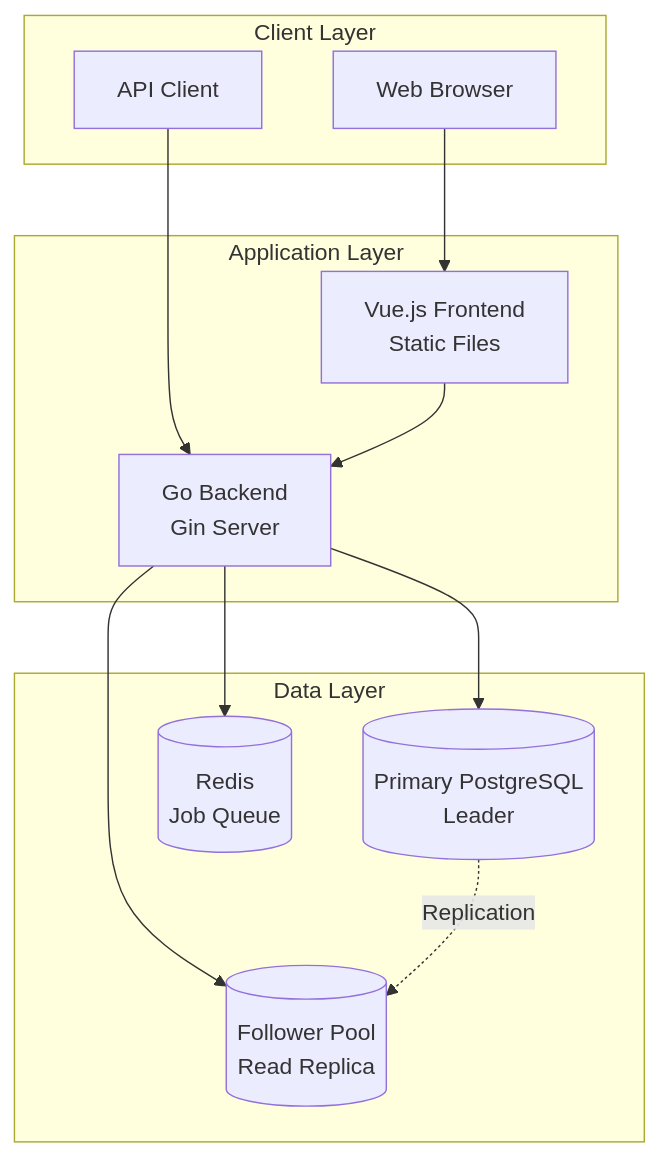
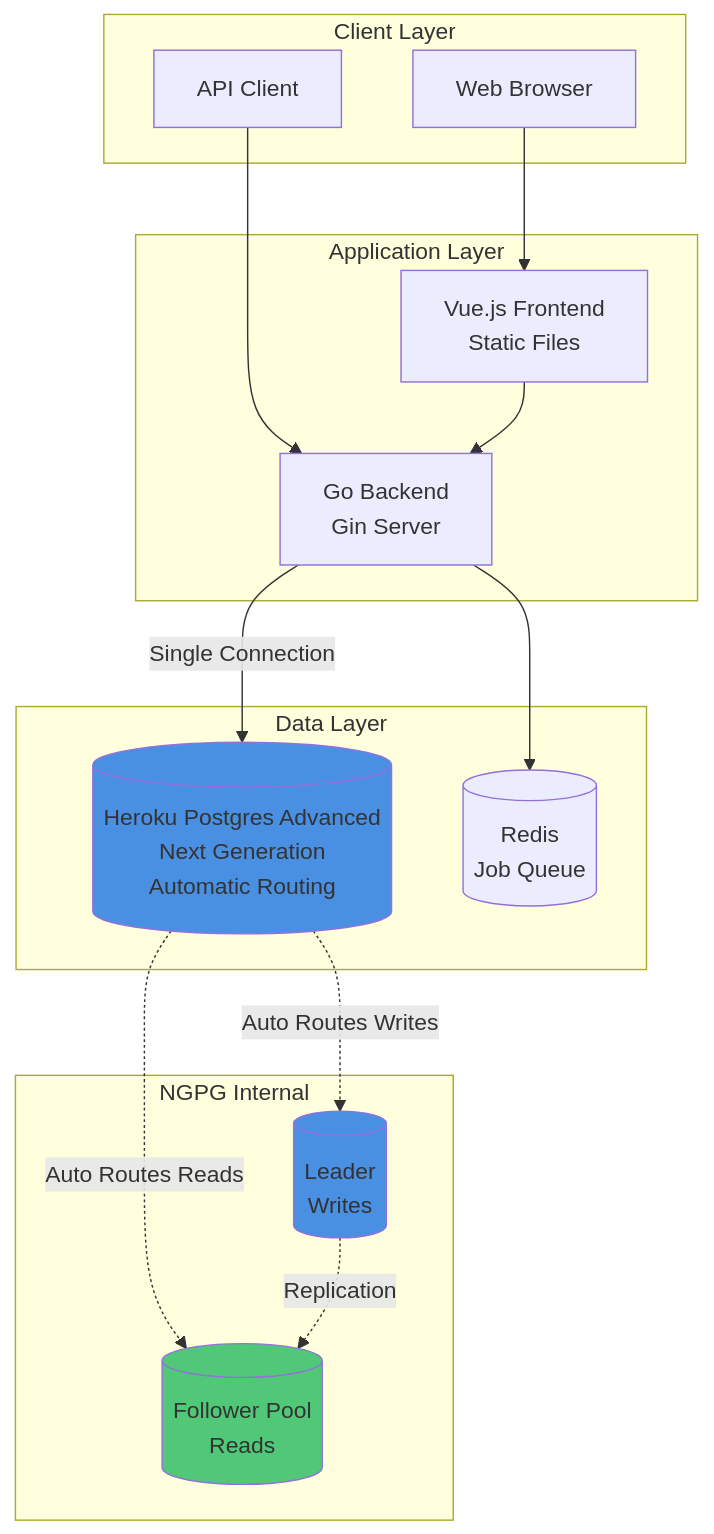
Before and after one commit to heroku-examples/saas-go-app: the first of 18 diagrams in ARCHITECTURE.md, drawn with Mermaid. The commit also changed other lines of this file, not shown here.

````diff
--- a/ARCHITECTURE.md
+++ b/ARCHITECTURE.md
@@ -30,27 +35,36 @@
 ```mermaid
 graph TB
     subgraph "Client Layer"
         Browser[Web Browser]
         API_Client[API Client]
     end
     
     subgraph "Application Layer"
         Frontend[Vue.js Frontend<br/>Static Files]
         Backend[Go Backend<br/>Gin Server]
     end
     
     subgraph "Data Layer"
-        PrimaryDB[(Primary PostgreSQL<br/>Leader)]
-        FollowerDB[(Follower Pool<br/>Read Replica)]
+        NGPG[(Heroku Postgres Advanced<br/>Next Generation<br/>Automatic Routing)]
         Redis[(Redis<br/>Job Queue)]
+    end
+    
+    subgraph "NGPG Internal"
+        Leader[(Leader<br/>Writes)]
+        Follower[(Follower Pool<br/>Reads)]
     end
     
     Browser --> Frontend
     API_Client --> Backend
     Frontend --> Backend
-    Backend --> PrimaryDB
-    Backend --> FollowerDB
+    Backend -->|Single Connection| NGPG
     Backend --> Redis
     
-    PrimaryDB -.->|Replication| FollowerDB
+    NGPG -.->|Auto Routes Writes| Leader
+    NGPG -.->|Auto Routes Reads| Follower
+    Leader -.->|Replication| Follower
+    
+    style NGPG fill:#4a90e2
+    style Leader fill:#4a90e2
+    style Follower fill:#50c878
 ```
````
